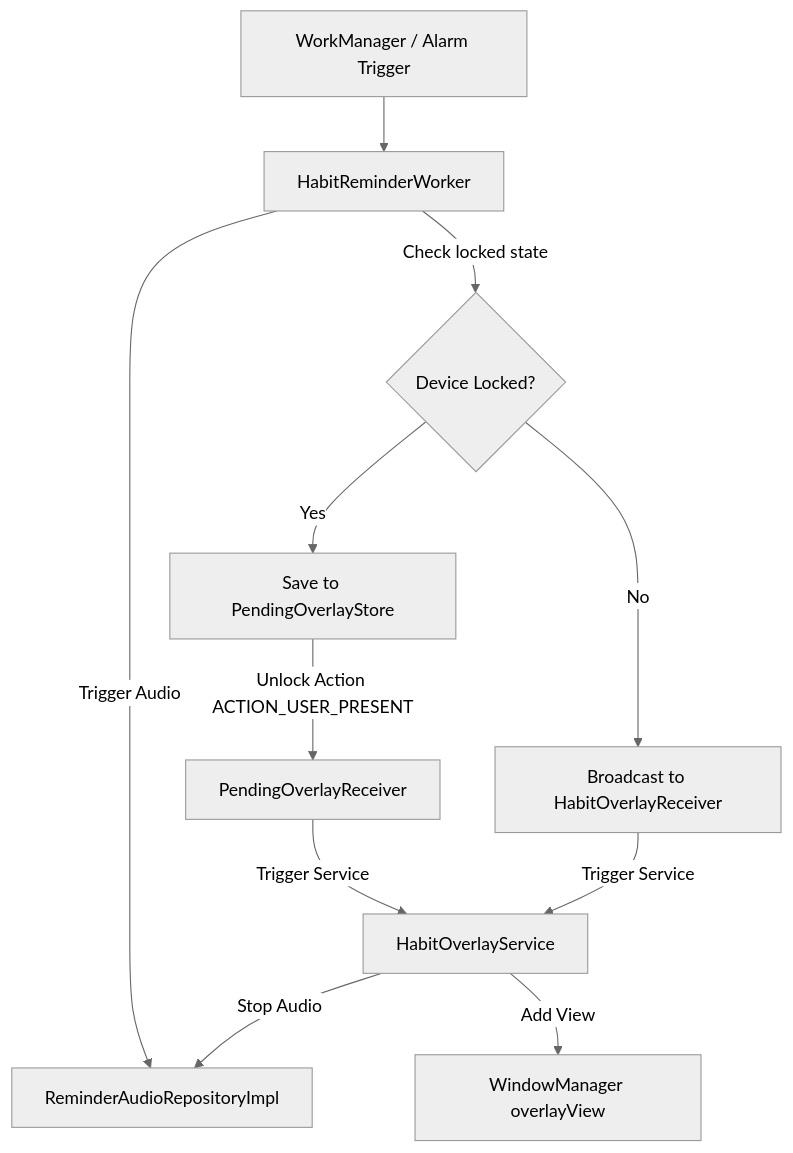
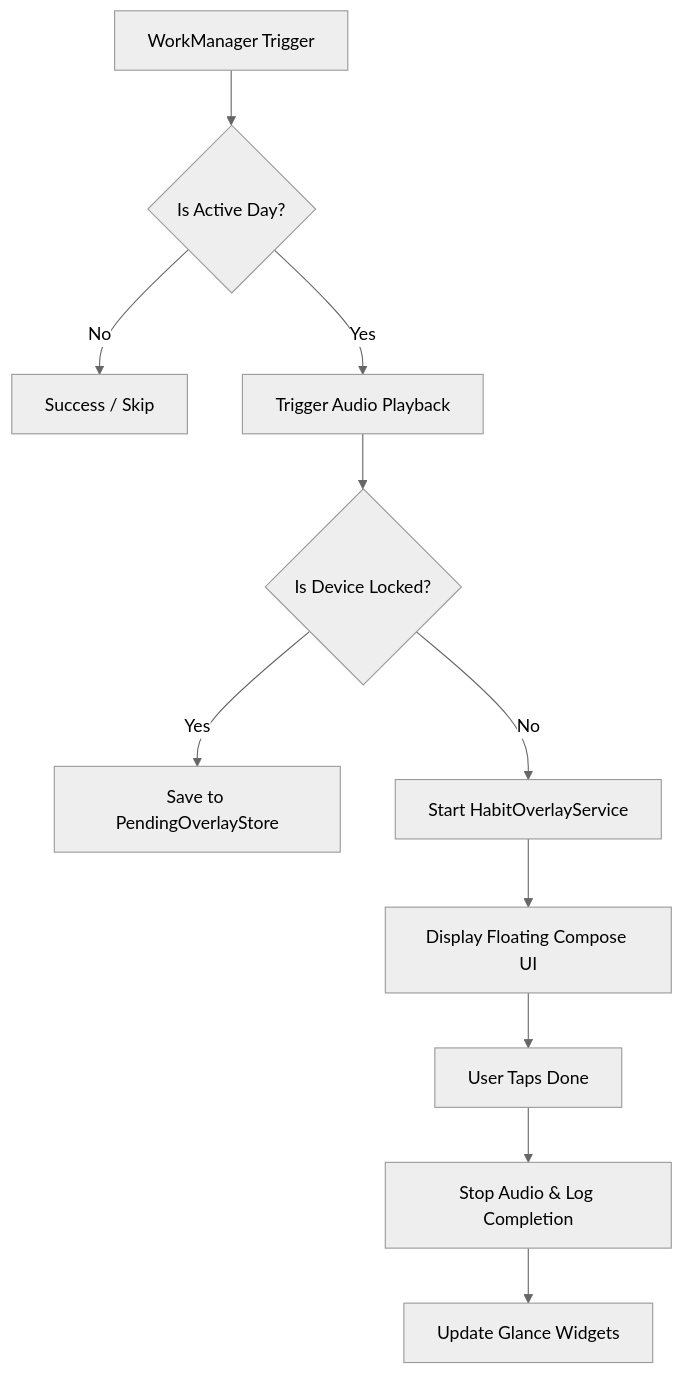
The diagram in PROJECT_ANALYSIS/13_REMINDER_SYSTEM.md (MOHAMED020EGY01/HabitFlow), drawn with Mermaid (neutral theme) before and after one commit. The commit also changed other lines of this file and 273 other files, not shown here.

````diff
--- a/PROJECT_ANALYSIS/13_REMINDER_SYSTEM.md
+++ b/PROJECT_ANALYSIS/13_REMINDER_SYSTEM.md
@@ -9,13 +34,13 @@
 ```mermaid
 graph TD
-    A[WorkManager / Alarm Trigger] --> B[HabitReminderWorker]
-    B -->|Trigger Audio| C[ReminderAudioRepositoryImpl]
-    B -->|Check locked state| D{Device Locked?}
-    D -->|Yes| E[Save to PendingOverlayStore]
-    D -->|No| F[Broadcast to HabitOverlayReceiver]
-    E -->|Unlock Action ACTION_USER_PRESENT| G[PendingOverlayReceiver]
-    G -->|Trigger Service| H[HabitOverlayService]
-    F -->|Trigger Service| H
-    H -->|Add View| I[WindowManager overlayView]
-    H -->|Stop Audio| C
+    A[WorkManager Trigger] --> B{Is Active Day?}
+    B -- No --> C[Success / Skip]
+    B -- Yes --> D[Trigger Audio Playback]
+    D --> E{Is Device Locked?}
+    E -- Yes --> F[Save to PendingOverlayStore]
+    E -- No --> G[Start HabitOverlayService]
+    G --> H[Display Floating Compose UI]
+    H --> I[User Taps Done]
+    I --> J[Stop Audio & Log Completion]
+    J --> K[Update Glance Widgets]
 ```
````
